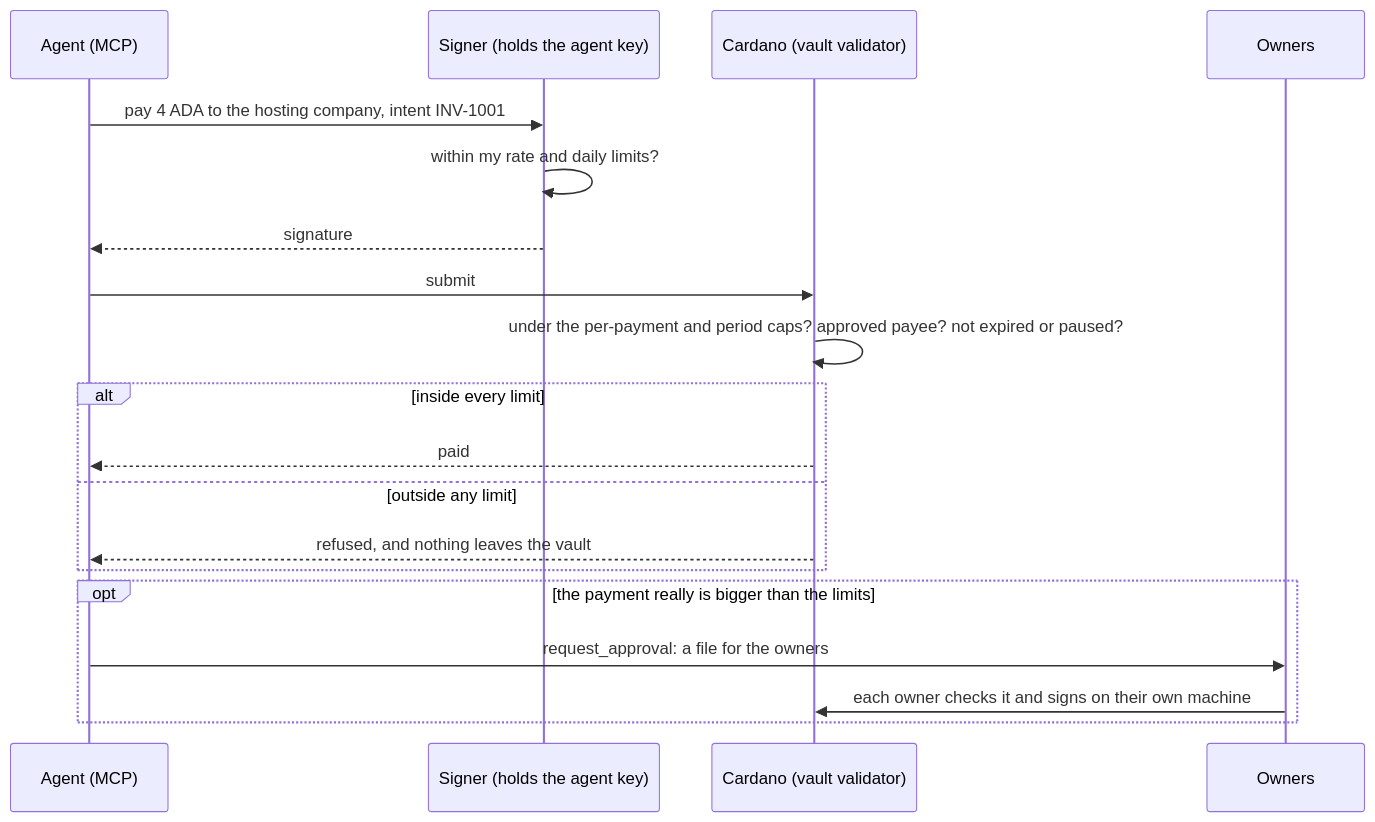
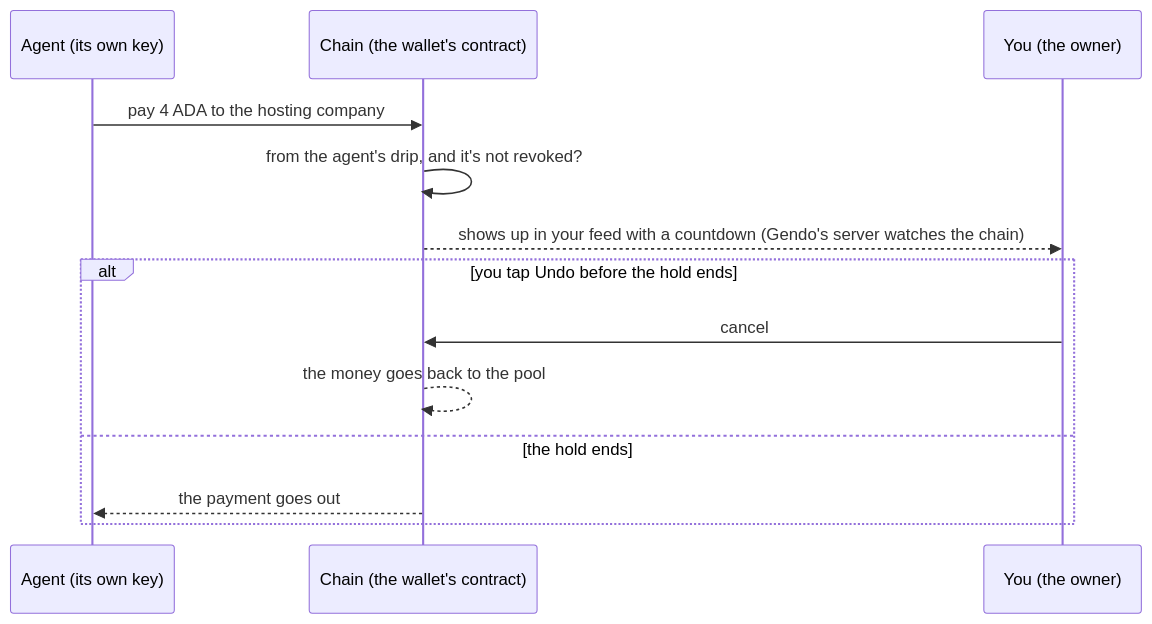
Before and after one commit to gendo-cash/gendo: the third of 5 diagrams in README.md, drawn with Mermaid. The commit also changed other lines of this file and 5 other files, not shown here.

Commit message:
docs: README says what Gendo is now, a burner wallet for your AI agent that you can take back, with visuals

````diff
--- a/README.md
+++ b/README.md
@@ -20,21 +96,15 @@
 ```mermaid
 sequenceDiagram
-  participant A as Agent (MCP)
-  participant S as Signer (holds the agent key)
-  participant C as Cardano (vault validator)
-  participant O as Owners
-  A->>S: pay 4 ADA to the hosting company, intent INV-1001
-  S->>S: within my rate and daily limits?
-  S-->>A: signature
-  A->>C: submit
-  C->>C: under the per-payment and period caps? approved payee? not expired or paused?
-  alt inside every limit
-    C-->>A: paid
-  else outside any limit
-    C-->>A: refused, and nothing leaves the vault
-  end
-  opt the payment really is bigger than the limits
-    A->>O: request_approval: a file for the owners
-    O->>C: each owner checks it and signs on their own machine
+  participant A as Agent (its own key)
+  participant C as Chain (the wallet's contract)
+  participant O as You (the owner)
+  A->>C: pay 4 ADA to the hosting company
+  C->>C: from the agent's drip, and it's not revoked?
+  C-->>O: shows up in your feed with a countdown (Gendo's server watches the chain)
+  alt you tap Undo before the hold ends
+    O->>C: cancel
+    C-->>C: the money goes back to the pool
+  else the hold ends
+    C-->>A: the payment goes out
   end
 ```
````
